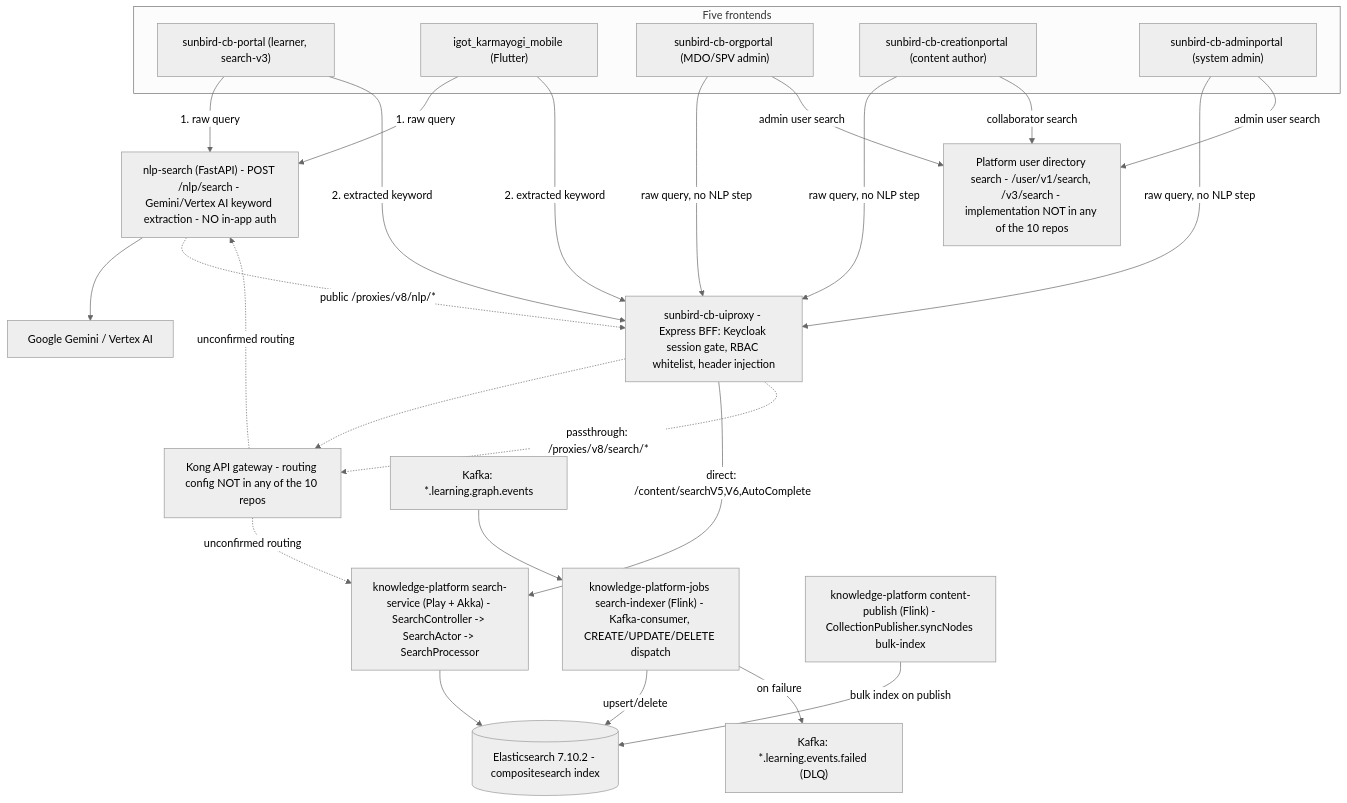
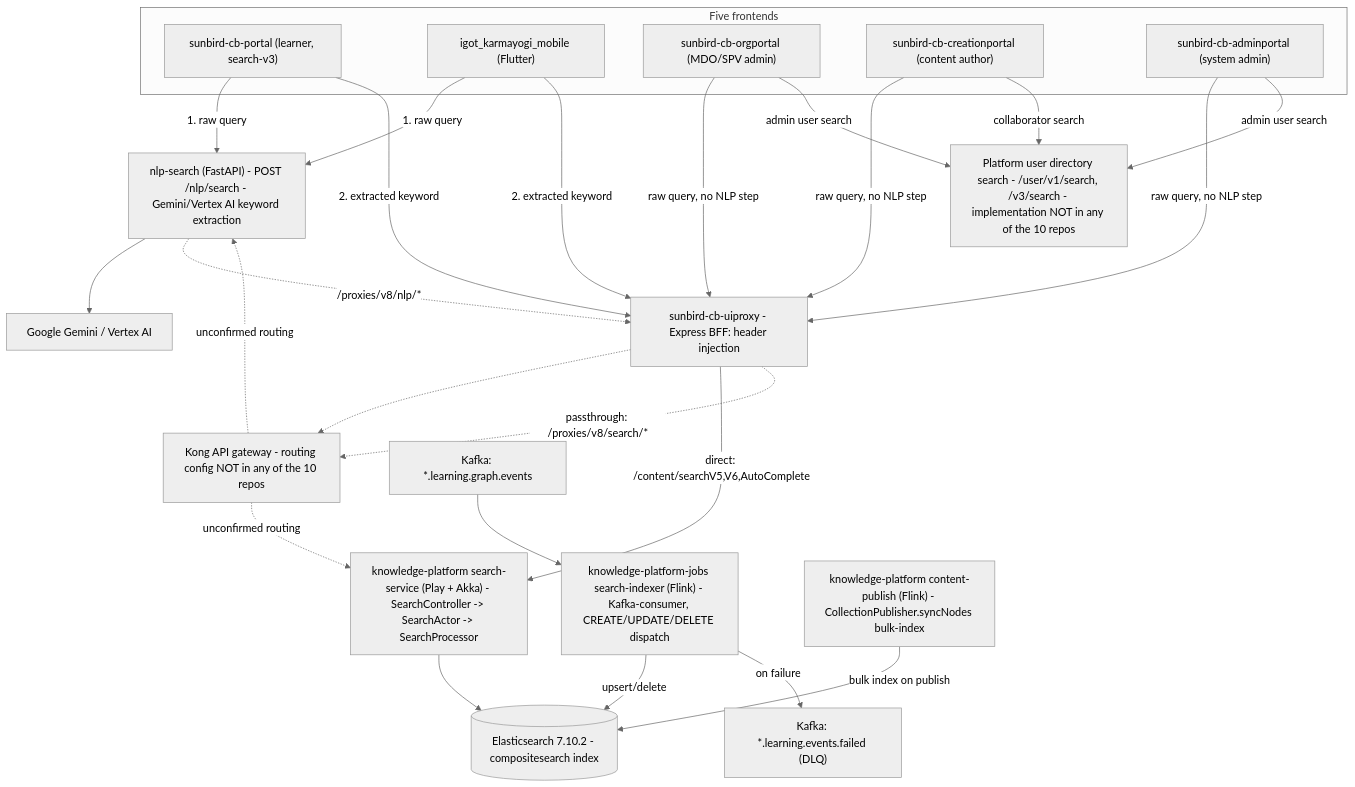
Before and after one commit to KB-iGOT/igot-docs: the diagram in docs/learning-hub/search/hld.md, drawn with Mermaid (neutral theme). The commit also changed other lines of this file and 23 other files, not shown here.

````diff
--- a/docs/learning-hub/search/hld.md
+++ b/docs/learning-hub/search/hld.md
@@ -18,54 +18,54 @@
 ```mermaid
 flowchart TB
     subgraph Clients["Five frontends"]
         Web["sunbird-cb-portal (learner, search-v3)"]
         Mobile["igot_karmayogi_mobile (Flutter)"]
         Org["sunbird-cb-orgportal (MDO/SPV admin)"]
         Author["sunbird-cb-creationportal (content author)"]
         Admin["sunbird-cb-adminportal (system admin)"]
     end
 
-    Proxy["sunbird-cb-uiproxy - Express BFF: Keycloak session gate, RBAC whitelist, header injection"]
+    Proxy["sunbird-cb-uiproxy - Express BFF: header injection"]
     Kong["Kong API gateway - routing config NOT in any of the 10 repos"]
 
-    NLP["nlp-search (FastAPI) - POST /nlp/search - Gemini/Vertex AI keyword extraction - NO in-app auth"]
+    NLP["nlp-search (FastAPI) - POST /nlp/search - Gemini/Vertex AI keyword extraction"]
     Gemini["Google Gemini / Vertex AI"]
 
     SS["knowledge-platform search-service (Play + Akka) - SearchController -> SearchActor -> SearchProcessor"]
     ES[("Elasticsearch 7.10.2 - compositesearch index")]
 
     Indexer["knowledge-platform-jobs search-indexer (Flink) - Kafka-consumer, CREATE/UPDATE/DELETE dispatch"]
     KafkaIn["Kafka: *.learning.graph.events"]
     KafkaErr["Kafka: *.learning.events.failed (DLQ)"]
     Publish["knowledge-platform content-publish (Flink) - CollectionPublisher.syncNodes bulk-index"]
 
     UserSvc["Platform user directory search - /user/v1/search, /v3/search - implementation NOT in any of the 10 repos"]
 
     Web -->|"1. raw query"| NLP
     Mobile -->|"1. raw query"| NLP
     NLP --> Gemini
-    NLP -.->|"public /proxies/v8/nlp/*"| Proxy
+    NLP -.->|"/proxies/v8/nlp/*"| Proxy
     Proxy -.-> Kong
     Kong -.->|"unconfirmed routing"| NLP
 
     Web -->|"2. extracted keyword"| Proxy
     Mobile -->|"2. extracted keyword"| Proxy
     Org -->|"raw query, no NLP step"| Proxy
     Author -->|"raw query, no NLP step"| Proxy
     Admin -->|"raw query, no NLP step"| Proxy
 
     Proxy -->|"direct: /content/searchV5,V6,AutoComplete"| SS
     Proxy -.->|"passthrough: /proxies/v8/search/*"| Kong
     Kong -.->|"unconfirmed routing"| SS
 
     SS --> ES
 
     KafkaIn --> Indexer
     Indexer -->|"upsert/delete"| ES
     Indexer -->|"on failure"| KafkaErr
     Publish -->|"bulk index on publish"| ES
 
     Org -->|"admin user search"| UserSvc
     Admin -->|"admin user search"| UserSvc
     Author -->|"collaborator search"| UserSvc
 ```
````
